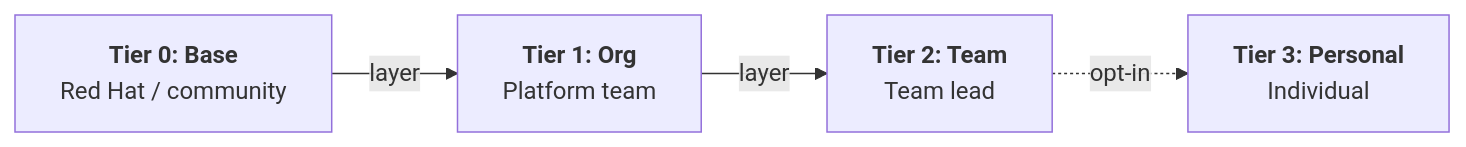
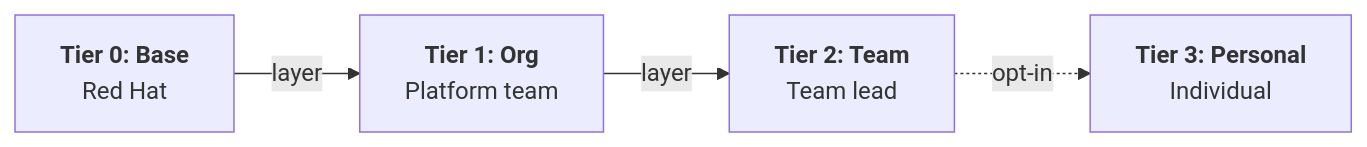
Before and after one commit to ansible-tmm/solution-guides: the first of 2 diagrams in README-Ansible-DevSpaces.md, drawn with Mermaid. The commit also changed other lines of this file, not shown here.

````diff
--- a/README-Ansible-DevSpaces.md
+++ b/README-Ansible-DevSpaces.md
@@ -9,6 +9,6 @@
 ```mermaid
 graph LR
-    A["<b>Tier 0: Base</b><br/>Red Hat / community"] -->|layer| B["<b>Tier 1: Org</b><br/>Platform team"]
+    A["<b>Tier 0: Base</b><br/>Red Hat"] -->|layer| B["<b>Tier 1: Org</b><br/>Platform team"]
     B -->|layer| C["<b>Tier 2: Team</b><br/>Team lead"]
     C -.->|opt-in| D["<b>Tier 3: Personal</b><br/>Individual"]
 ```
````
